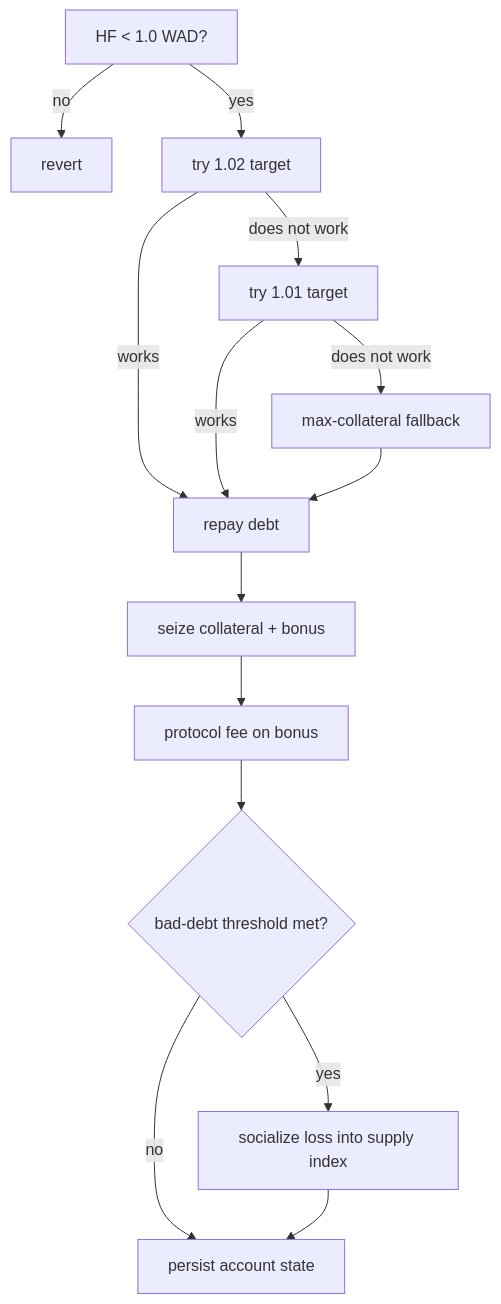
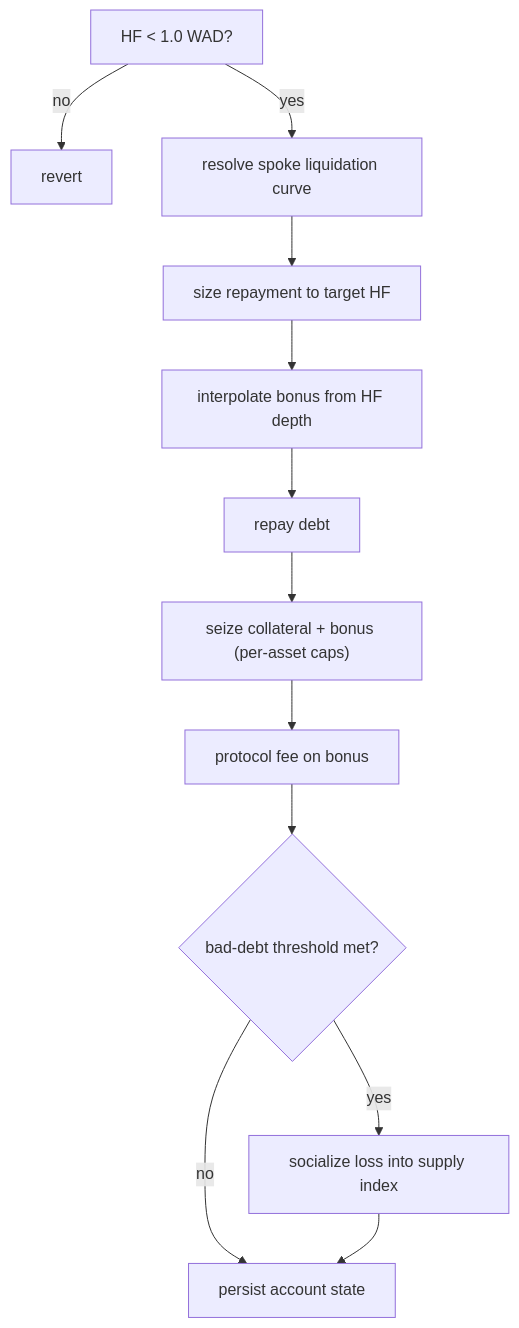
Before and after one commit to XOXNO/rs-lending-xlm: the second of 3 diagrams in architecture/INVARIANTS.md, drawn with Mermaid. The commit also changed other lines of this file and 15 other files, not shown here.

````diff
--- a/architecture/INVARIANTS.md
+++ b/architecture/INVARIANTS.md
@@ -230,16 +234,14 @@
 ```mermaid
 flowchart TD
     A["HF < 1.0 WAD?"] -->|no| R["revert"]
-    A -->|yes| B["try 1.02 target"]
-    B -->|works| E["repay debt"]
-    B -->|does not work| C["try 1.01 target"]
-    C -->|works| E
-    C -->|does not work| D["max-collateral fallback"]
-    D --> E
-    E --> F["seize collateral + bonus"]
+    A -->|yes| B["resolve spoke liquidation curve"]
+    B --> C["size repayment to target HF"]
+    C --> D["interpolate bonus from HF depth"]
+    D --> E["repay debt"]
+    E --> F["seize collateral + bonus (per-asset caps)"]
     F --> G["protocol fee on bonus"]
     G --> H{"bad-debt threshold met?"}
     H -->|yes| I["socialize loss into supply index"]
     H -->|no| J["persist account state"]
     I --> J
 ```
````
